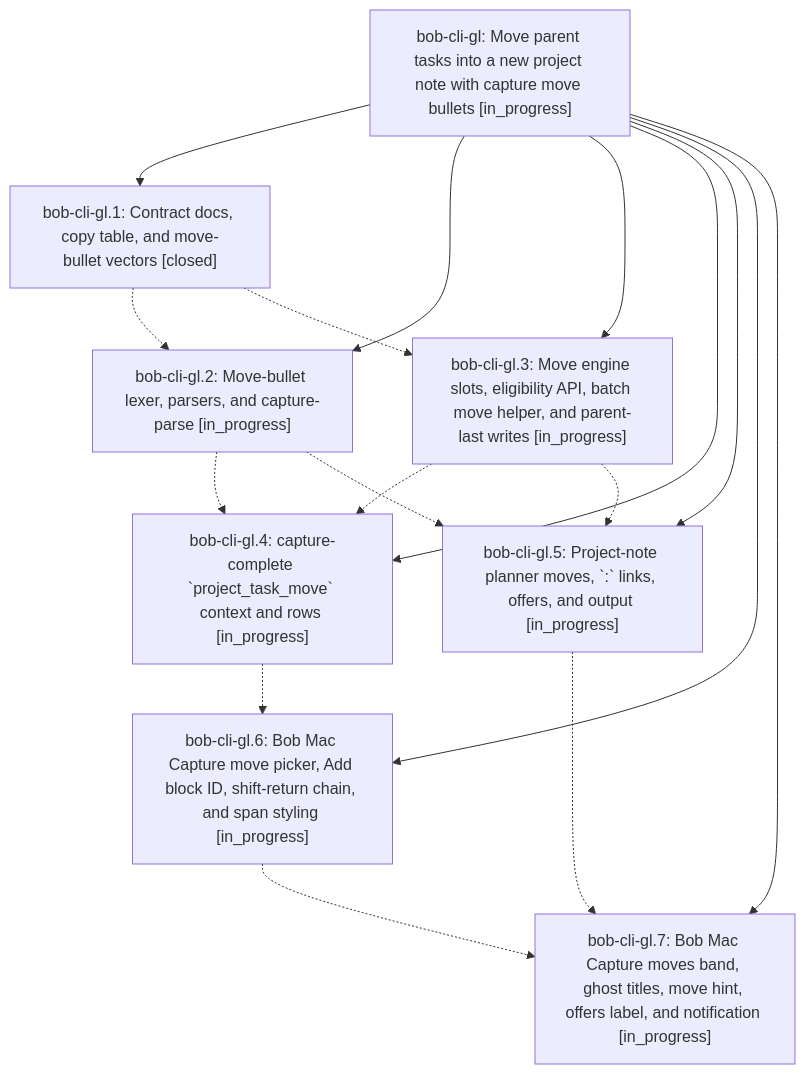
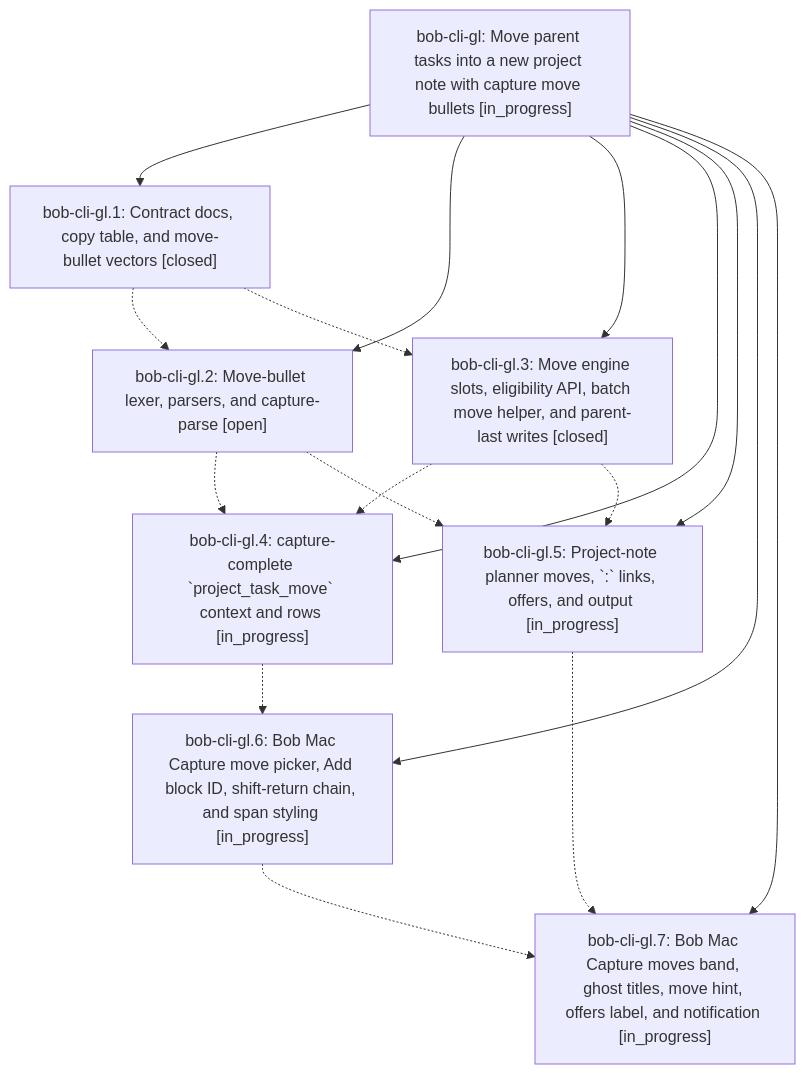
One commit to bobs-org/bob-cli--beads changed the diagram in pages/bob-cli-gl/README.md. Above: the diagram before and after it, drawn with Mermaid. The commit also changed other lines of this file and 5 other files, not shown here.

First line of the commit message:
chore(beads): sync bead state and pages for bob-cli-gl

````diff
--- a/pages/bob-cli-gl/README.md
+++ b/pages/bob-cli-gl/README.md
@@ -40,27 +40,27 @@
 ```mermaid
 flowchart TD
     n0["bob-cli-gl: Move parent tasks into a new project note with capture move bullets [in_progress]"]
     n1["bob-cli-gl.1: Contract docs, copy table, and move-bullet vectors [closed]"]
-    n2["bob-cli-gl.2: Move-bullet lexer, parsers, and capture-parse [in_progress]"]
-    n3["bob-cli-gl.3: Move engine slots, eligibility API, batch move helper, and parent-last writes [in_progress]"]
+    n2["bob-cli-gl.2: Move-bullet lexer, parsers, and capture-parse [open]"]
+    n3["bob-cli-gl.3: Move engine slots, eligibility API, batch move helper, and parent-last writes [closed]"]
     n4["bob-cli-gl.4: capture-complete `project_task_move` context and rows [in_progress]"]
     n5["bob-cli-gl.5: Project-note planner moves, `:` links, offers, and output [in_progress]"]
     n6["bob-cli-gl.6: Bob Mac Capture move picker, Add block ID, shift-return chain, and span styling [in_progress]"]
     n7["bob-cli-gl.7: Bob Mac Capture moves band, ghost titles, move hint, offers label, and notification [in_progress]"]
     n0 --> n1
     n0 --> n2
     n0 --> n3
     n0 --> n4
     n0 --> n5
     n0 --> n6
     n0 --> n7
     n1 -.-> n2
     n1 -.-> n3
     n2 -.-> n4
     n2 -.-> n5
     n3 -.-> n4
     n3 -.-> n5
     n4 -.-> n6
     n5 -.-> n7
     n6 -.-> n7
 ```
````
